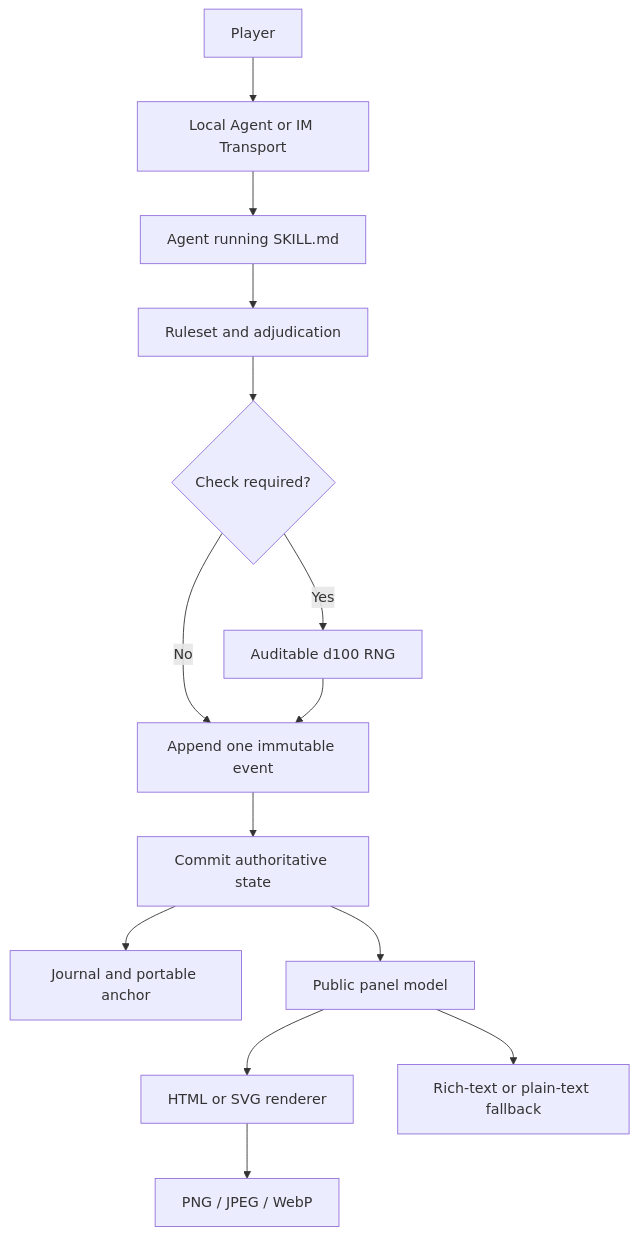
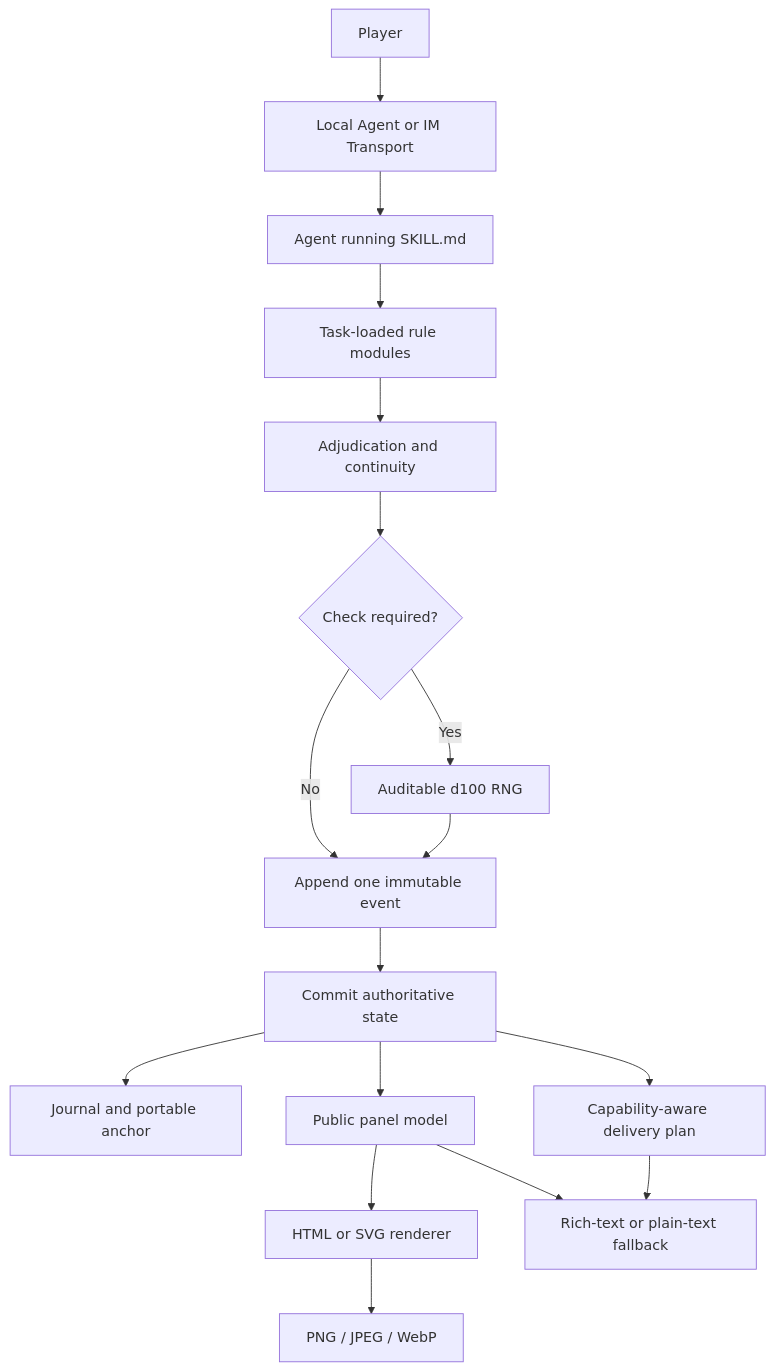
Before and after one commit to zyfayes/lotm-text-game-skill: the diagram in README.md, drawn with Mermaid. The commit also changed other lines of this file and 22 other files, not shown here.

````diff
--- a/README.md
+++ b/README.md
@@ -53,16 +59,19 @@
 ```mermaid
 flowchart TD
     U[Player] --> T[Local Agent or IM Transport]
     T --> A[Agent running SKILL.md]
-    A --> R[Ruleset and adjudication]
-    R --> D{Check required?}
+    A --> R[Task-loaded rule modules]
+    R --> C[Adjudication and continuity]
+    C --> D{Check required?}
     D -->|Yes| G[Auditable d100 RNG]
     D -->|No| E[Append one immutable event]
     G --> E
     E --> S[Commit authoritative state]
     S --> J[Journal and portable anchor]
     S --> P[Public panel model]
+    S --> O[Capability-aware delivery plan]
     P --> H[HTML or SVG renderer]
     H --> I[PNG / JPEG / WebP]
     P --> F[Rich-text or plain-text fallback]
+    O --> F
 ```
````
